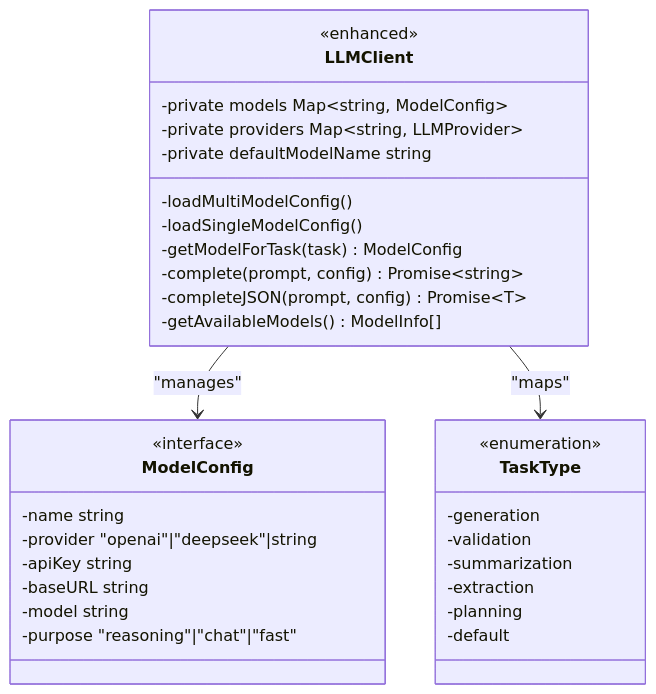
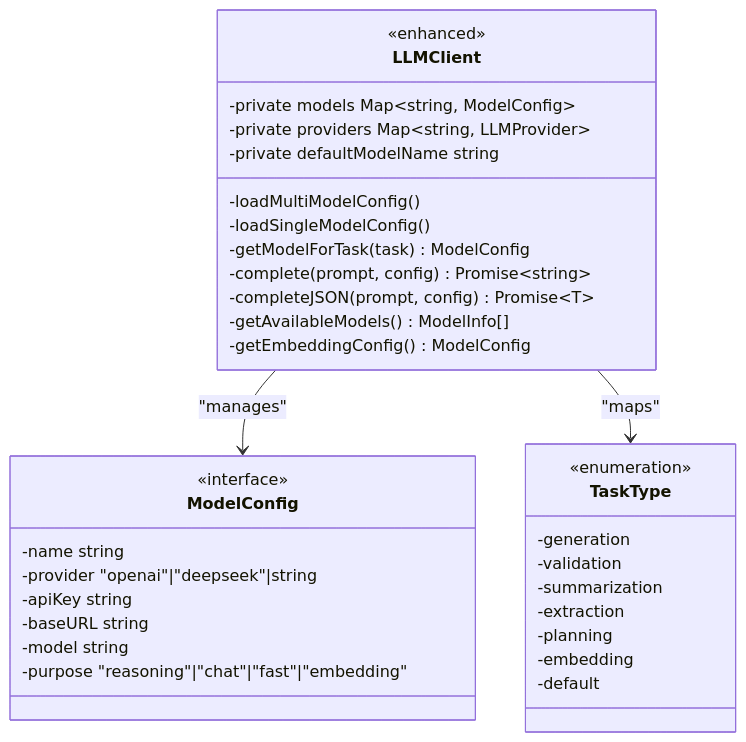
Before and after one commit to liwonder/NARRITIVE_OS: the third of 8 diagrams in .qoder/repowiki/en/content/LLM Integration and Configuration.md, drawn with Mermaid. The commit also changed other lines of this file and 12 other files, not shown here.

````diff
--- a/.qoder/repowiki/en/content/LLM Integration and Configuration.md
+++ b/.qoder/repowiki/en/content/LLM Integration and Configuration.md
@@ -190,35 +210,37 @@
 ```mermaid
 classDiagram
 class LLMClient {
 <<enhanced>>
 -private models Map~string, ModelConfig~
 -private providers Map~string, LLMProvider~
 -private defaultModelName string
 -loadMultiModelConfig()
 -loadSingleModelConfig()
 -getModelForTask(task) ModelConfig
 -complete(prompt, config) Promise~string~
 -completeJSON(prompt, config) Promise~T~
 -getAvailableModels() ModelInfo[]
+-getEmbeddingConfig() ModelConfig
 }
 class ModelConfig {
 <<interface>>
 -name string
 -provider "openai"|"deepseek"|string
 -apiKey string
 -baseURL string
 -model string
--purpose "reasoning"|"chat"|"fast"
+-purpose "reasoning"|"chat"|"fast"|"embedding"
 }
 class TaskType {
 <<enumeration>>
 -generation
 -validation
 -summarization
 -extraction
 -planning
+-embedding
 -default
 }
 LLMClient --> ModelConfig : "manages"
 LLMClient --> TaskType : "maps"
 ```
````
